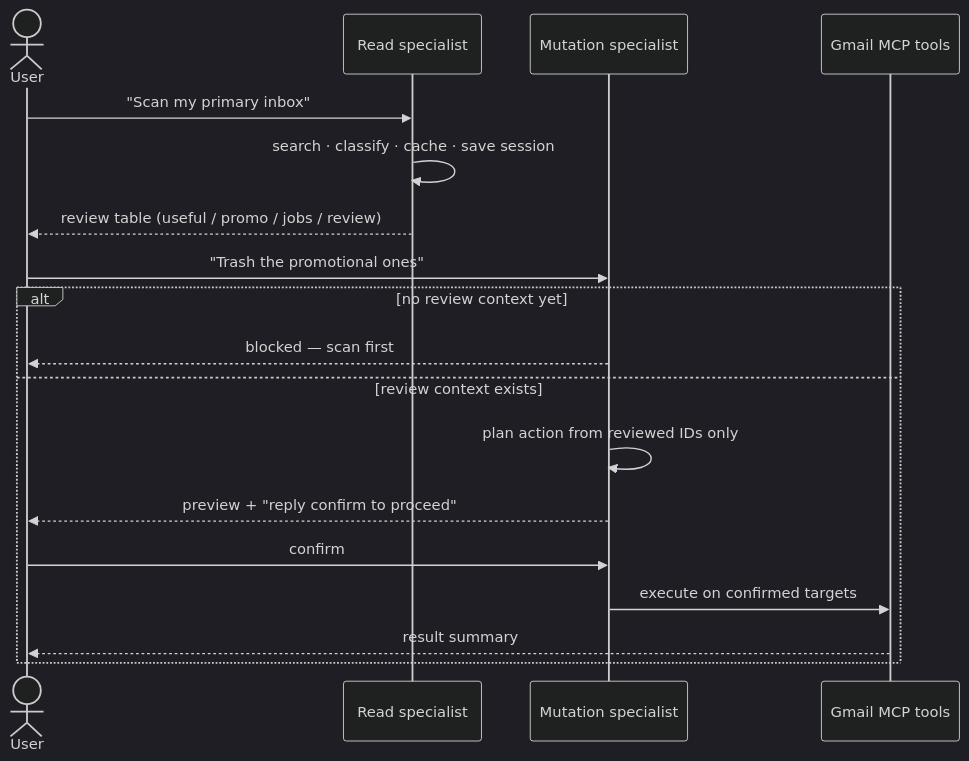
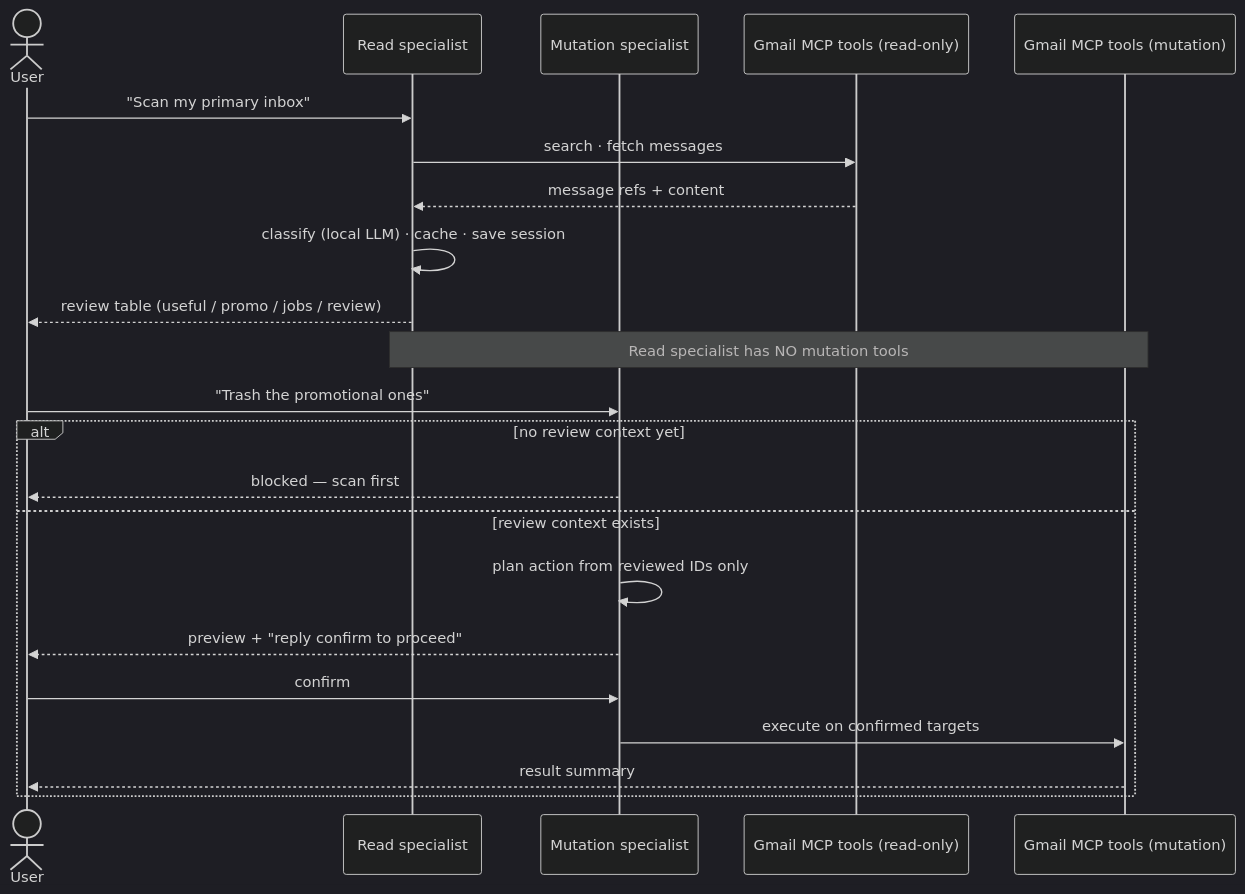
The third of 3 diagrams in README.md (shariq-beg/gmail-mcp-agent), drawn with Mermaid (dark theme) before and after one commit. The commit also changed other lines of this file, not shown here.

Commit message:
Clarify README: read specialist uses read-only MCP tools, not isolated from MCP

````diff
--- a/README.md
+++ b/README.md
@@ -83,22 +83,26 @@
 ```mermaid
 sequenceDiagram
     actor User
     participant Read as Read specialist
     participant Mutate as Mutation specialist
-    participant Gmail as Gmail MCP tools
+    participant ReadTools as Gmail MCP tools (read-only)
+    participant MutTools as Gmail MCP tools (mutation)
 
     User->>Read: "Scan my primary inbox"
-    Read->>Read: search · classify · cache · save session
+    Read->>ReadTools: search · fetch messages
+    ReadTools-->>Read: message refs + content
+    Read->>Read: classify (local LLM) · cache · save session
     Read-->>User: review table (useful / promo / jobs / review)
+    Note over Read,MutTools: Read specialist has NO mutation tools
 
     User->>Mutate: "Trash the promotional ones"
     alt no review context yet
         Mutate-->>User: blocked — scan first
     else review context exists
         Mutate->>Mutate: plan action from reviewed IDs only
         Mutate-->>User: preview + "reply confirm to proceed"
         User->>Mutate: confirm
-        Mutate->>Gmail: execute on confirmed targets
-        Gmail-->>User: result summary
+        Mutate->>MutTools: execute on confirmed targets
+        MutTools-->>User: result summary
     end
 ```
````
